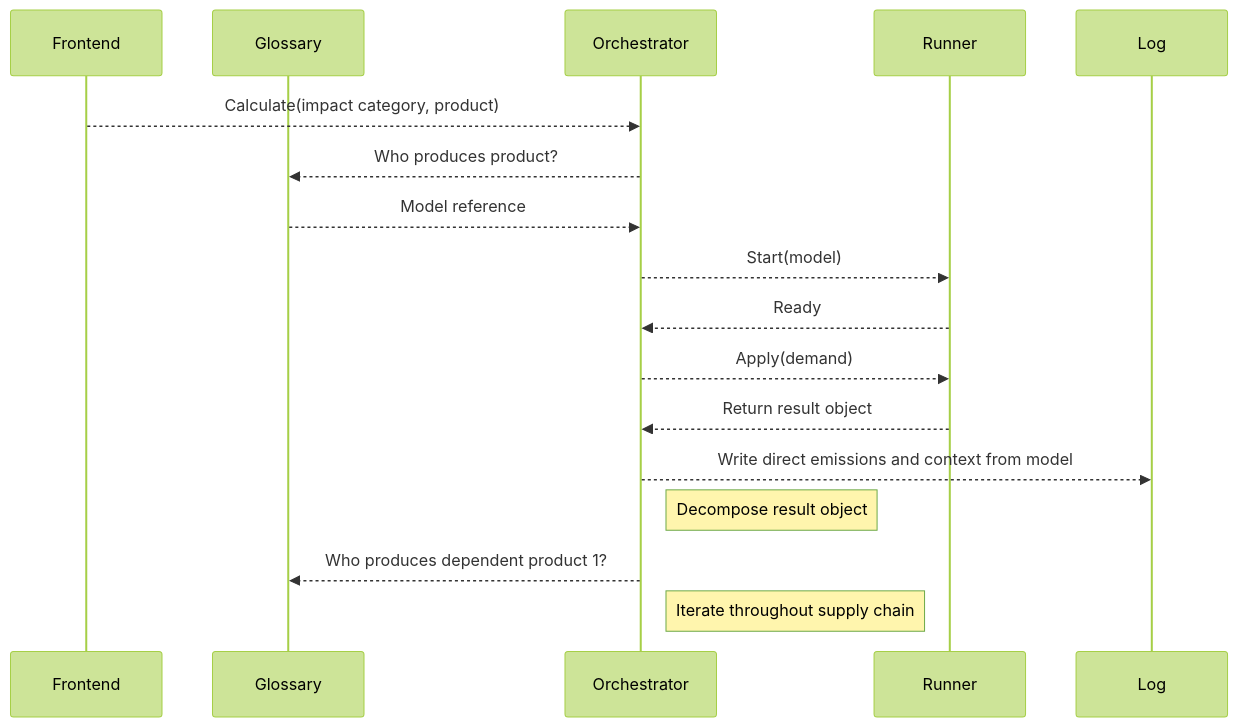
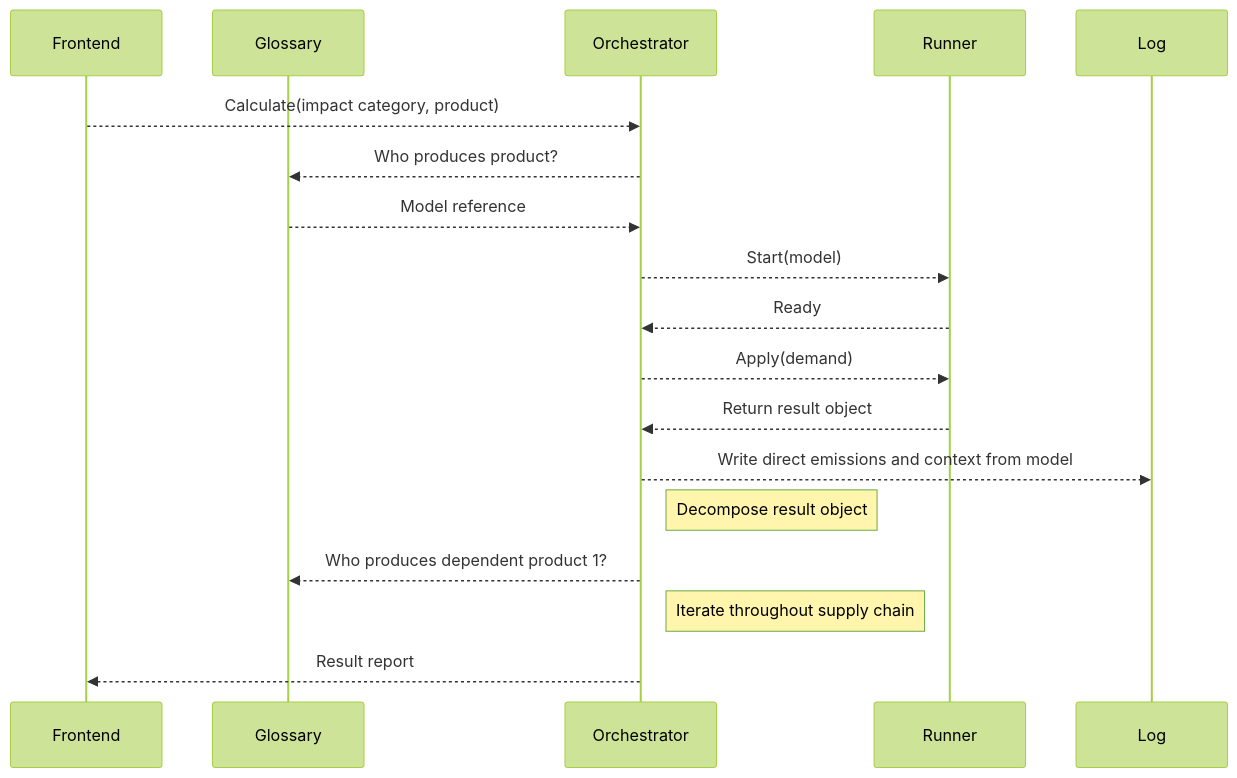
The second of 2 diagrams in Sequence diagrams/README.md (sentier-dev/sentier.dev), drawn with Mermaid (forest theme) before and after one commit.

````diff
--- a/Sequence diagrams/README.md
+++ b/Sequence diagrams/README.md
@@ -15,19 +15,20 @@
 ```mermaid
 sequenceDiagram
     participant Frontend
     participant Glossary
     participant Orchestrator
     participant Runner
     participant Log
     Frontend-->>Orchestrator: Calculate(impact category, product)
     Orchestrator-->>Glossary: Who produces product?
     Glossary-->>Orchestrator: Model reference
     Orchestrator-->>Runner: Start(model)
     Runner-->>Orchestrator: Ready
     Orchestrator-->>Runner: Apply(demand)
     Runner-->>Orchestrator: Return result object
     Orchestrator-->>Log: Write direct emissions and context from model
     Note right of Orchestrator: Decompose result object
     Orchestrator-->>Glossary: Who produces dependent product 1? 
     Note right of Orchestrator: Iterate throughout supply chain
+    Orchestrator-->>Frontend: Result report
 ```
````
